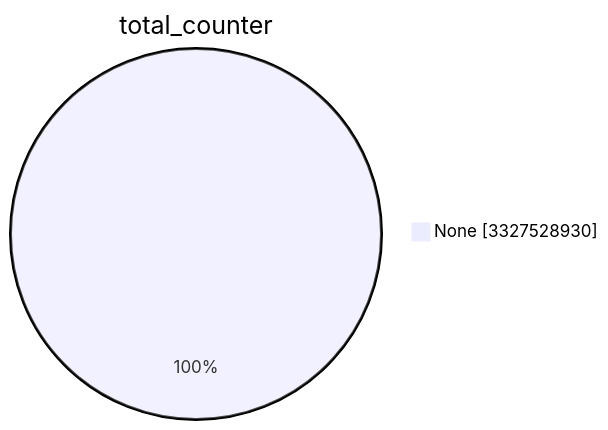
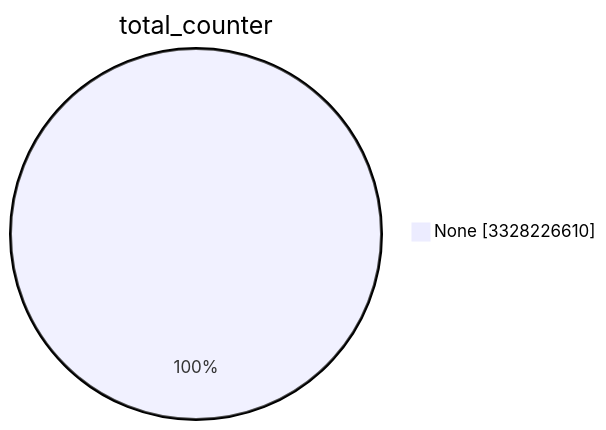
The first of 15 diagrams in TOTAL/README.md (christiankrug/ctmonitor_visualization), drawn with Mermaid before and after one commit. The commit also changed other lines of this file, not shown here.

````diff
--- a/TOTAL/README.md
+++ b/TOTAL/README.md
@@ -1,5 +1,5 @@
 ```mermaid
 pie showData
 title total_counter
-"None" :3327528930
+"None" :3328226610
 ```
````
